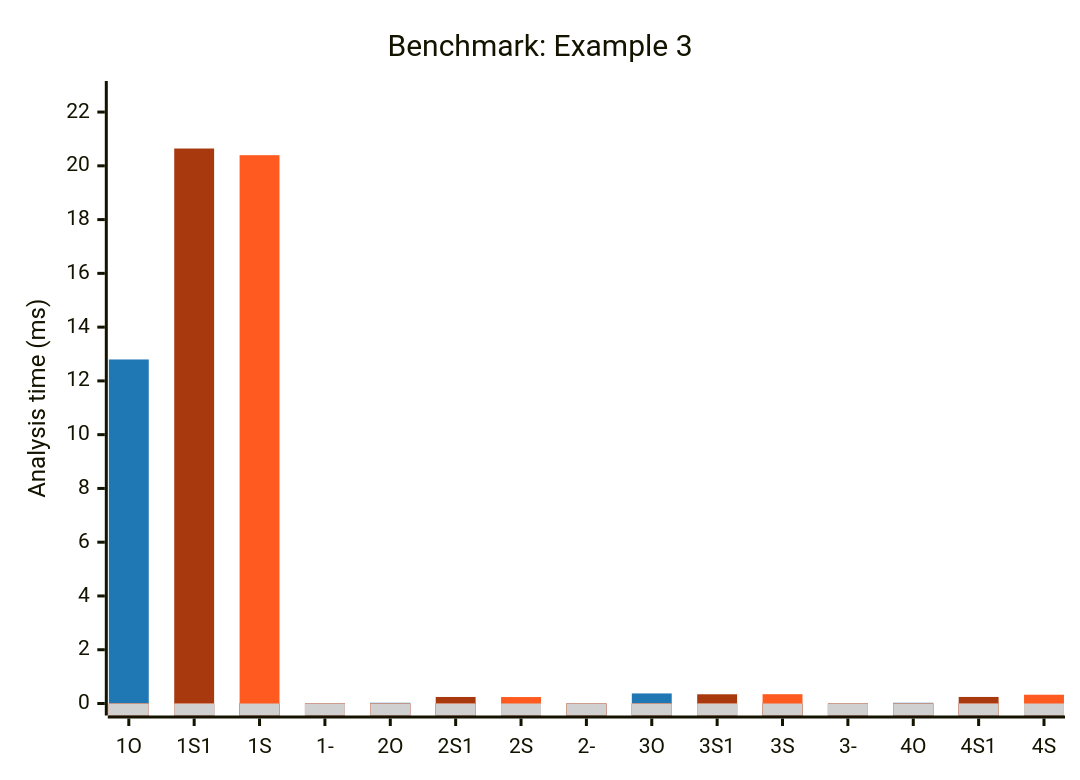
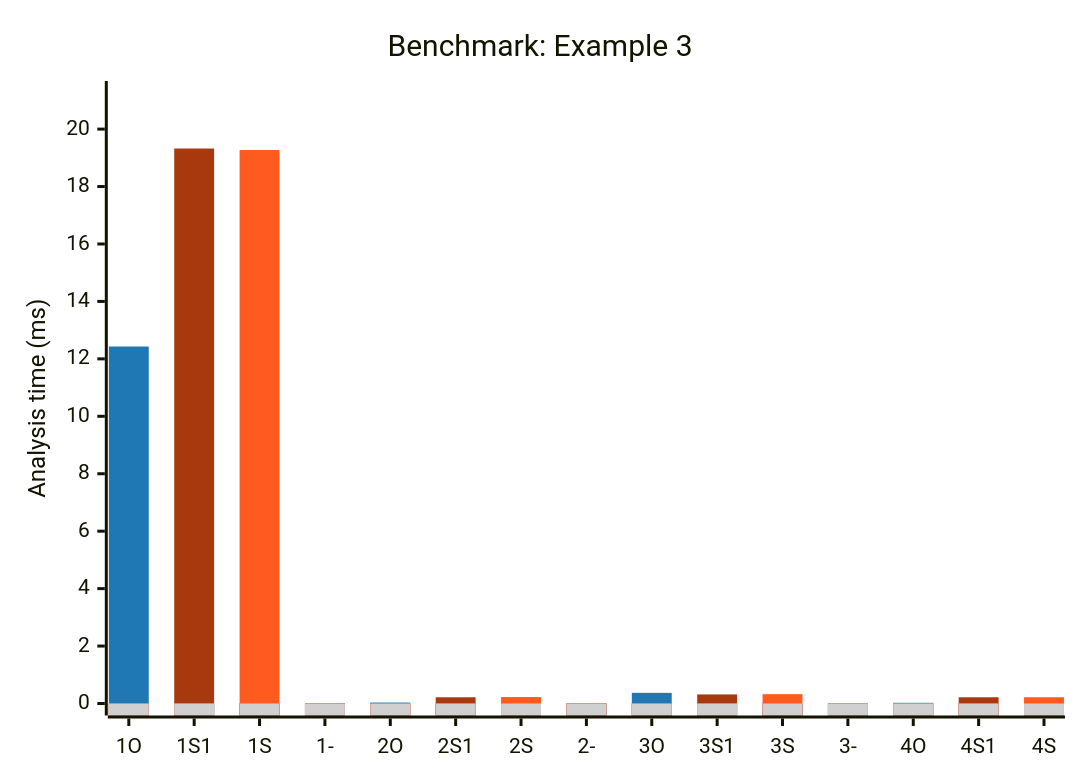
The sixth of 9 diagrams in docs/benchmark-opensees-examples.md (NathanaelRea/Strut), drawn with Mermaid before and after one commit. The commit also changed other lines of this file and 23 other files, not shown here.

````diff
--- a/docs/benchmark-opensees-examples.md
+++ b/docs/benchmark-opensees-examples.md
@@ -148,16 +146,16 @@
 ```mermaid
 ---
 config:
   themeVariables:
     xyChart:
       plotColorPalette: '#1f77b4, #a8390f, #FF5A1F, #d0d0d0'
 ---
 xychart-beta
     title "Benchmark: Example 3"
     x-axis ["1O", "1S1", "1S", "1-", "2O", "2S1", "2S", "2-", "3O", "3S1", "3S", "3-", "4O", "4S1", "4S"]
-    y-axis "Analysis time (ms)" 0 --> 22.709
-    bar "OS" [12.797, 0.0, 0.0, 0.0, 0.026, 0.0, 0.0, 0.0, 0.374, 0.0, 0.0, 0.0, 0.026, 0.0, 0.0]
-    bar "STR1" [0.0, 20.644, 0.0, 0.0, 0.0, 0.243, 0.0, 0.0, 0.0, 0.343, 0.0, 0.0, 0.0, 0.244, 0.0]
-    bar "STR" [0.0, 0.0, 20.396, 0.0, 0.0, 0.0, 0.240, 0.0, 0.0, 0.0, 0.346, 0.0, 0.0, 0.0, 0.326]
+    y-axis "Analysis time (ms)" 0 --> 21.257
+    bar "OS" [12.430, 0.0, 0.0, 0.0, 0.032, 0.0, 0.0, 0.0, 0.371, 0.0, 0.0, 0.0, 0.024, 0.0, 0.0]
+    bar "STR1" [0.0, 19.324, 0.0, 0.0, 0.0, 0.217, 0.0, 0.0, 0.0, 0.316, 0.0, 0.0, 0.0, 0.217, 0.0]
+    bar "STR" [0.0, 0.0, 19.271, 0.0, 0.0, 0.0, 0.224, 0.0, 0.0, 0.0, 0.325, 0.0, 0.0, 0.0, 0.218]
     bar "mask" [0.0, 0.0, 0.0, 0.0, 0.0, 0.0, 0.0, 0.0, 0.0, 0.0, 0.0, 0.0, 0.0, 0.0, 0.0]
 ```
````
